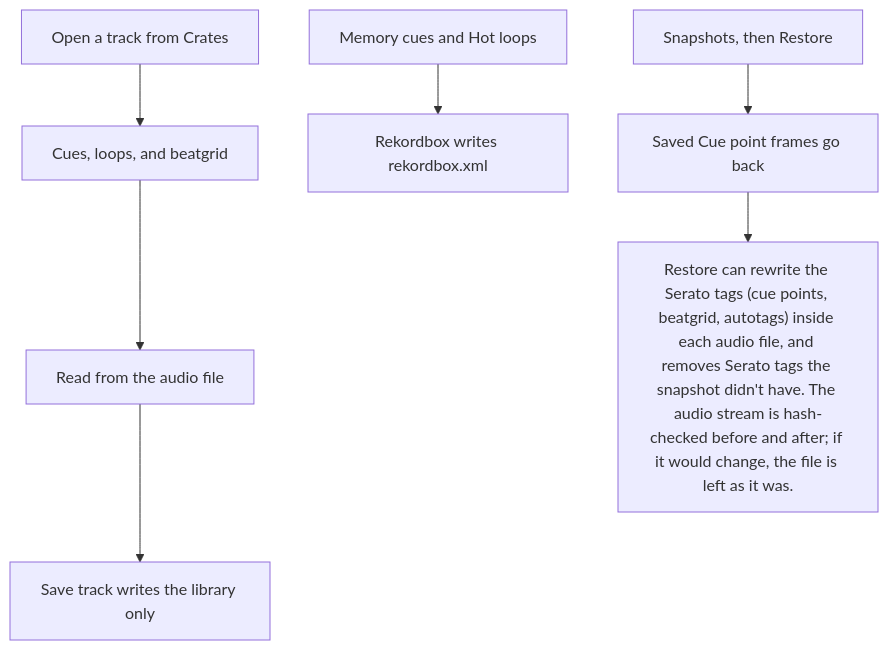
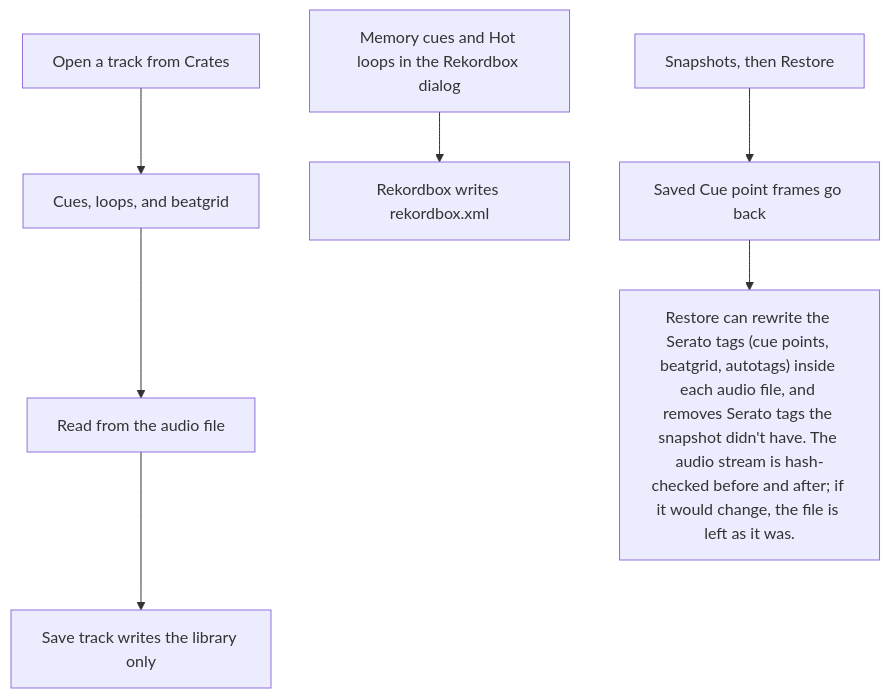
Before and after one commit to mookiejones/crateCraft: the diagram in docs/wiki/Hot-Loops-and-Cue-Points.md, drawn with Mermaid. The commit also changed other lines of this file and 21 other files, not shown here.

````diff
--- a/docs/wiki/Hot-Loops-and-Cue-Points.md
+++ b/docs/wiki/Hot-Loops-and-Cue-Points.md
@@ -8,9 +8,9 @@
 ```mermaid
 flowchart TD
   open["Open a track from Crates"] --> read["Cues, loops, and beatgrid"]
   read --> file["Read from the audio file"]
   file --> save["Save track writes the library only"]
-  bar["Memory cues and Hot loops"] --> xml["Rekordbox writes rekordbox.xml"]
+  bar["Memory cues and Hot loops in the Rekordbox dialog"] --> xml["Rekordbox writes rekordbox.xml"]
   snap["Snapshots, then Restore"] --> frames["Saved Cue point frames go back"]
   frames --> audio["Restore can rewrite the Serato tags (cue points, beatgrid, autotags) inside each audio file, and removes Serato tags the snapshot didn't have. The audio stream is hash-checked before and after; if it would change, the file is left as it was."]
 ```
````
